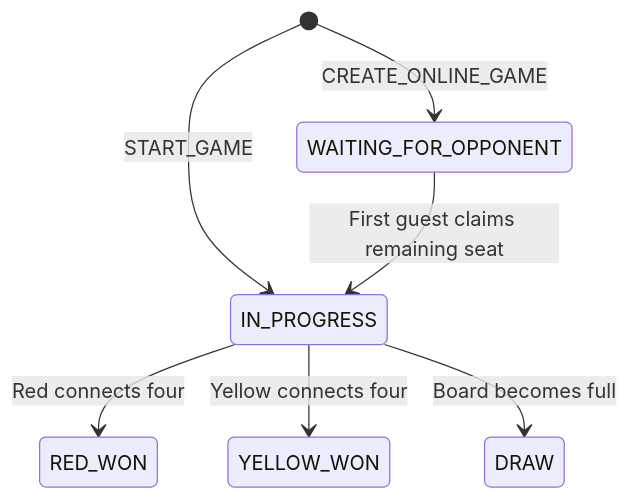
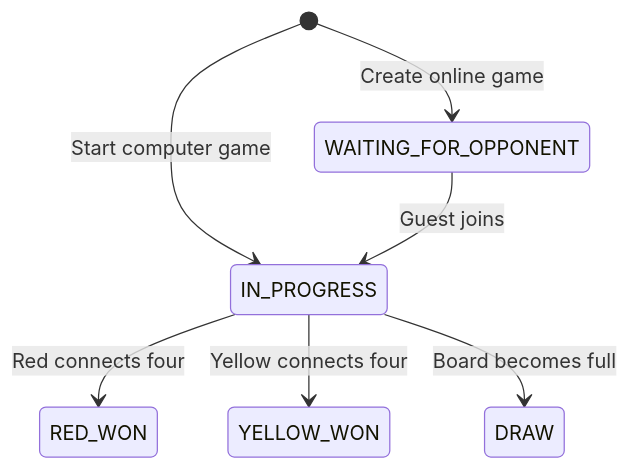
One commit to blam135/Connect-4-Game changed the fourth of 6 diagrams in docs/architecture.md. Above: the diagram before and after it, drawn with Mermaid. The commit also changed other lines of this file and 17 other files, not shown here.

````diff
--- a/docs/architecture.md
+++ b/docs/architecture.md
@@ -177,15 +176,15 @@
 ```mermaid
 stateDiagram-v2
     state "WAITING_FOR_OPPONENT" as Waiting
     state "IN_PROGRESS" as InProgress
     state "RED_WON" as RedWon
     state "YELLOW_WON" as YellowWon
     state "DRAW" as Draw
 
-    [*] --> Waiting: CREATE_ONLINE_GAME
-    [*] --> InProgress: START_GAME
-    Waiting --> InProgress: First guest claims remaining seat
+    [*] --> Waiting: Create online game
+    [*] --> InProgress: Start computer game
+    Waiting --> InProgress: Guest joins
     InProgress --> RedWon: Red connects four
     InProgress --> YellowWon: Yellow connects four
     InProgress --> Draw: Board becomes full
 ```
````
